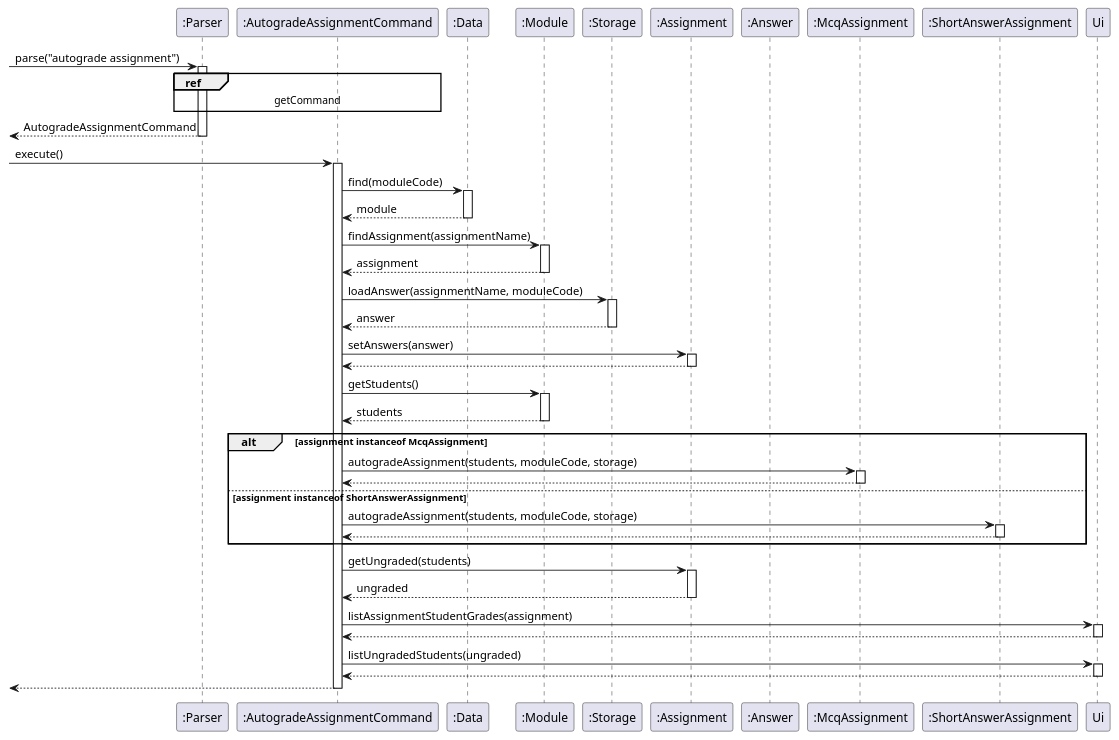
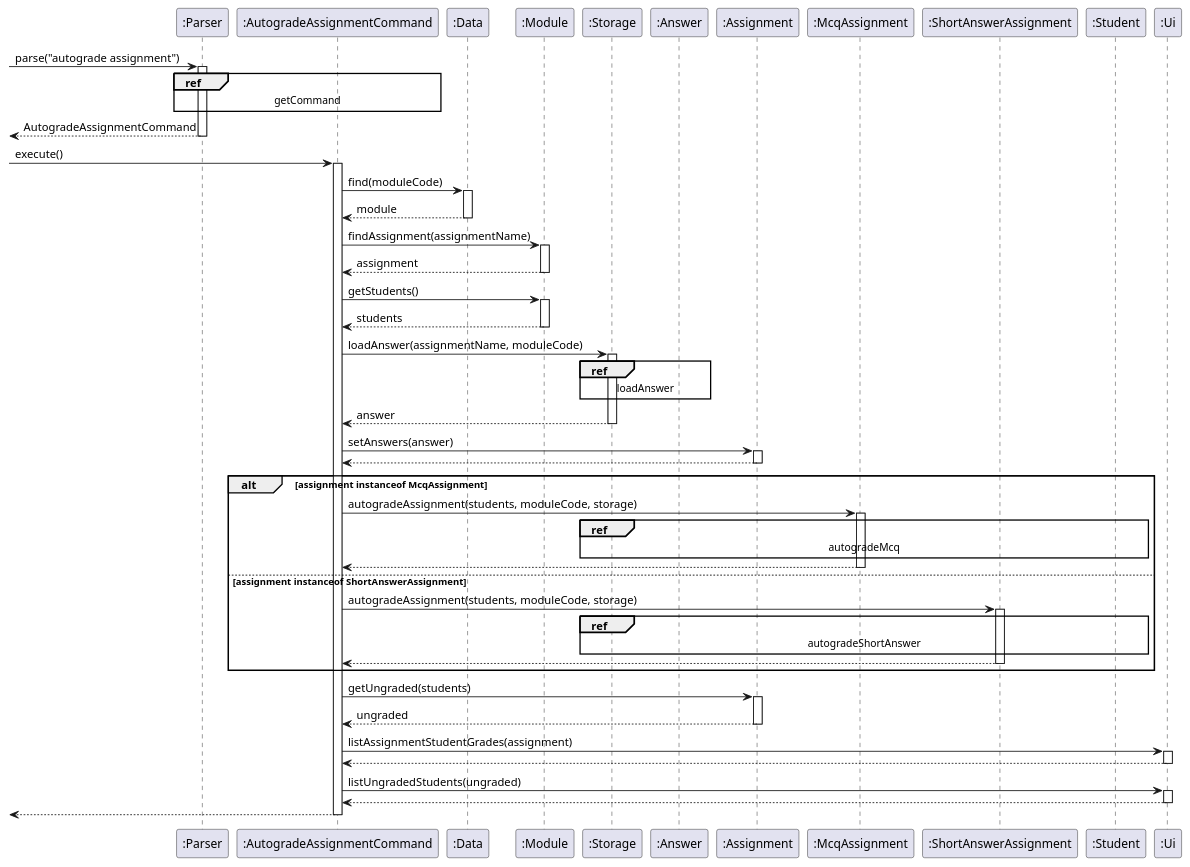
One commit to vaiish371/tp changed the diagram in docs/uml/Autograde.puml. Above: the diagram before and after it, drawn with PlantUML. The commit also changed 13 other files, not shown here.

Commit message:
improve sequece diagram and add implementation considerations for autograding

```diff
--- a/docs/uml/Autograde.puml
+++ b/docs/uml/Autograde.puml
@@ -1,95 +1,102 @@
 @startuml
 
 participant ":Parser" as Parser
 participant ":AutogradeAssignmentCommand" as Command
 participant ":Data" as Data
 participant ":Module" as Module
 participant ":Storage" as Storage
+participant ":Answer" as Answer
 participant ":Assignment" as Assignment
-participant ":Answer" as Answer
 participant ":McqAssignment" as McqAssignment
 participant ":ShortAnswerAssignment" as ShortAnswerAssignment
-
+participant ":Student" as Student
+participant ":Ui" as Ui
 
 [-> Parser : parse("autograde assignment")
 activate Parser
 
 ref over Parser, Command : getCommand
 
 [<-- Parser : AutogradeAssignmentCommand
 deactivate Parser
 
 [->Command : execute()
 activate Command
 
 Command -> Data : find(moduleCode)
 activate Data
 
 Data --> Command : module
 deactivate Data
 
 Command -> Module : findAssignment(assignmentName)
 activate Module
 
 Module --> Command : assignment
 deactivate Module
 
+Command -> Module : getStudents()
+activate Module
+
+Module --> Command : students
+deactivate Module
+
 Command -> Storage : loadAnswer(assignmentName, moduleCode)
 activate Storage
+
+ref over Storage, Answer : loadAnswer
 
 Storage --> Command : answer
 deactivate Storage
 
 Command -> Assignment : setAnswers(answer)
 activate Assignment
 
 Assignment --> Command
 deactivate Assignment
 
-Command -> Module : getStudents()
-activate Module
-
-Module --> Command : students
-deactivate Module
-
 alt assignment instanceof McqAssignment
 
 Command -> McqAssignment : autogradeAssignment(students, moduleCode, storage)
 activate McqAssignment
+
+ref over McqAssignment, Student, Storage, Answer : autogradeMcq
 
 McqAssignment --> Command
 deactivate McqAssignment
 
 
 else assignment instanceof ShortAnswerAssignment
 
 Command -> ShortAnswerAssignment : autogradeAssignment(students, moduleCode, storage)
 activate ShortAnswerAssignment
+
+ref over ShortAnswerAssignment, Student, Storage, Answer : autogradeShortAnswer
 
 ShortAnswerAssignment --> Command
 deactivate ShortAnswerAssignment
 
 end
 
 Command -> Assignment : getUngraded(students)
 activate Assignment
 
 Assignment --> Command : ungraded
 deactivate Assignment
 
 Command -> Ui : listAssignmentStudentGrades(assignment)
 activate Ui
 
 Ui --> Command
 deactivate Ui
 
 Command -> Ui : listUngradedStudents(ungraded)
 activate Ui
 
 Ui --> Command
 deactivate Ui
 
 [<-- Command
 deactivate Command
 
 @enduml
```
